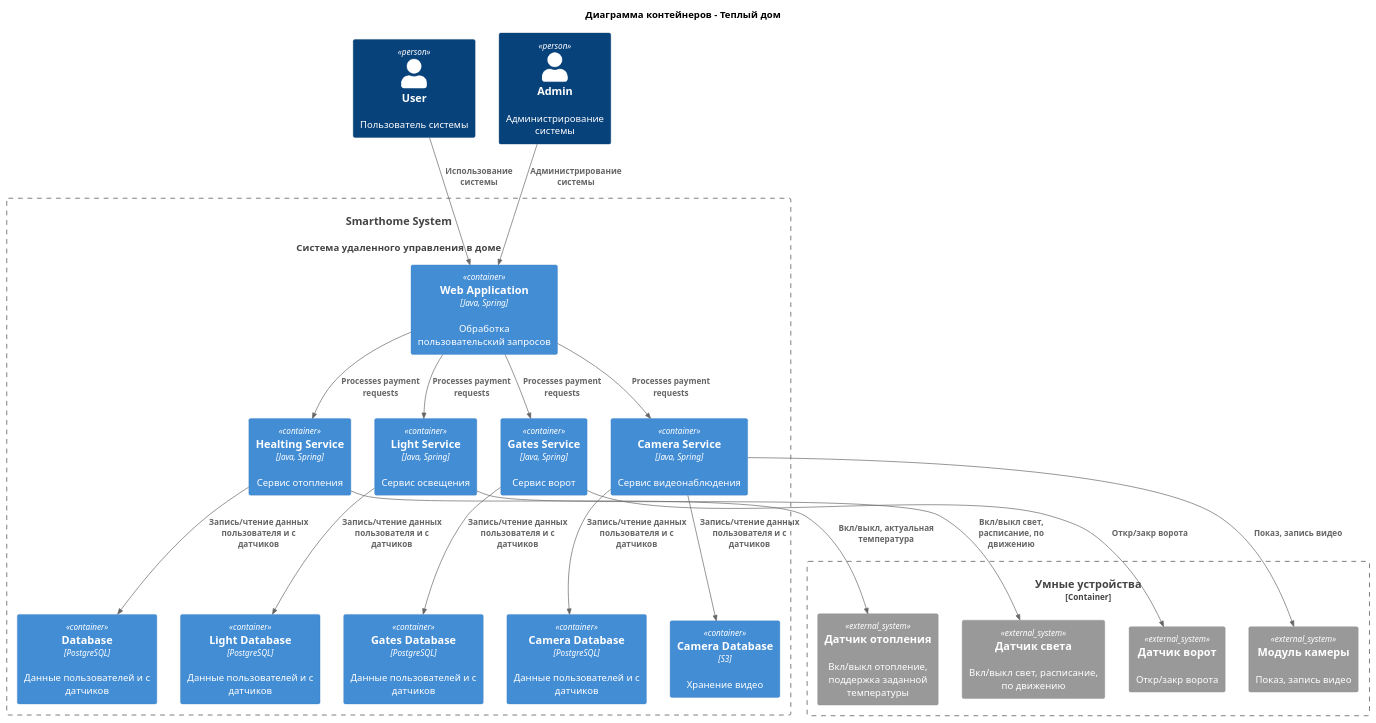
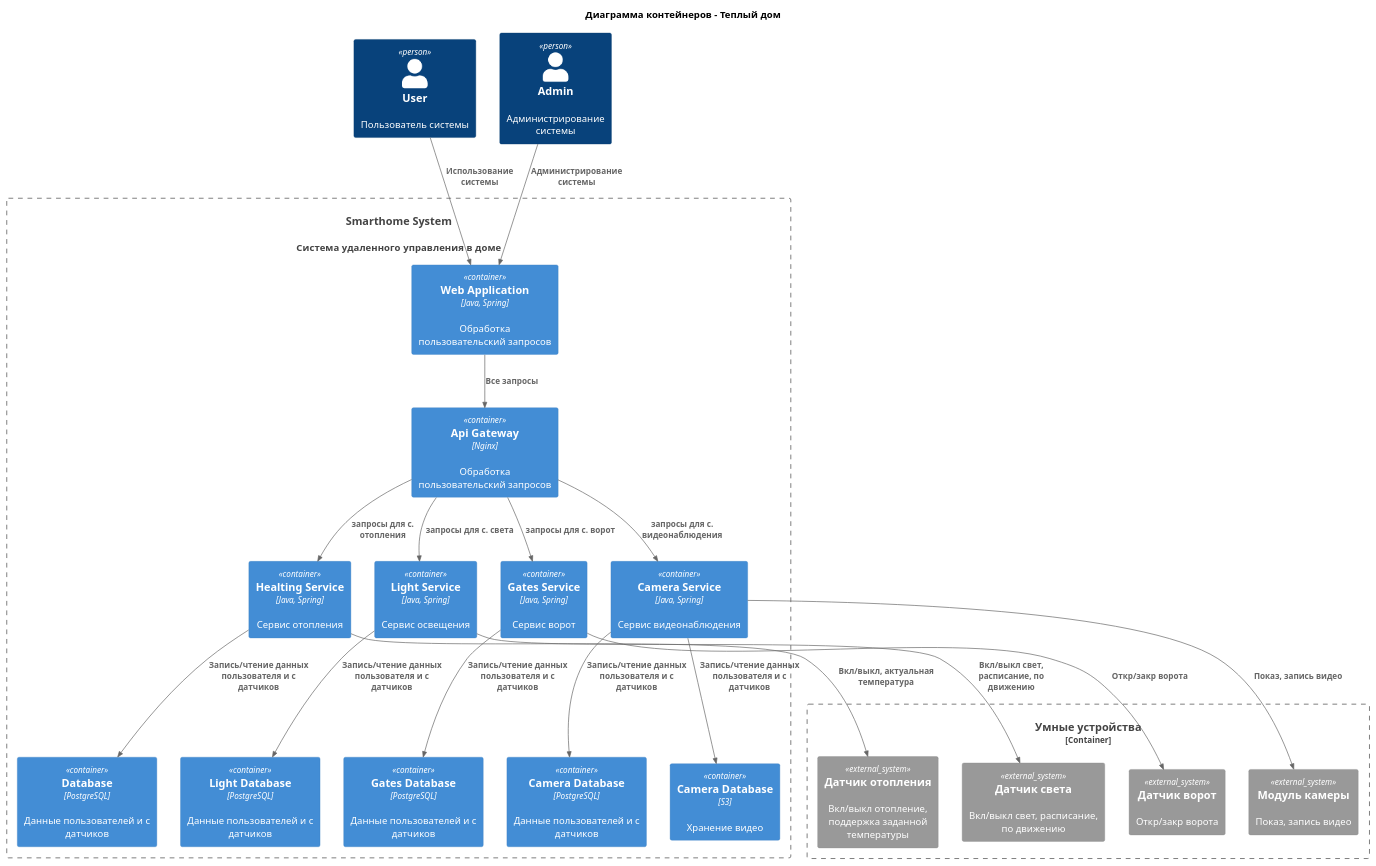
Before and after one commit to fireflysmk/architecture-sprint-3: the diagram in diagrams/task2/to_be/task2_container_to_be.puml, drawn with PlantUML.

Commit message:
add task2

```diff
--- a/diagrams/task2/to_be/task2_container_to_be.puml
+++ b/diagrams/task2/to_be/task2_container_to_be.puml
@@ -1,46 +1,48 @@
 @startuml
 title Диаграмма контейнеров - Теплый дом
 
 top to bottom direction
 
 !includeurl https://raw.githubusercontent.com/RicardoNiepel/C4-PlantUML/master/C4_Component.puml
 
 Person(user, "User", "Пользователь системы")
 Person(admin, "Admin", "Администрирование системы")
 System(SmartHomeSystem, "Smarthome System", "Система  удаленного управления в доме")
 
 Container_Boundary(SmartHomeSystem, "Smarthome System") {
   Container(WebApp, "Web Application", "Java, Spring", "Обработка пользовательский запросов")
+  Container(ApiGateway, "Api Gateway", "Nginx", "Обработка пользовательский запросов")
   Container(HealtingService, "Healting Service", "Java, Spring", "Сервис отопления")
   Container(LightService, "Light Service", "Java, Spring", "Сервис освещения")
   Container(GatesService, "Gates Service", "Java, Spring", "Сервис ворот")
   Container(CameraService, "Camera Service", "Java, Spring", "Сервис видеонаблюдения")
   Container(HealtingDatabase,"Database", "PostgreSQL", "Данные пользователей и с датчиков")
   Container(LightDatabase,"Light Database", "PostgreSQL", "Данные пользователей и с датчиков")
   Container(GatesDatabase,"Gates Database", "PostgreSQL", "Данные пользователей и с датчиков")
   Container(CameraDatabase,"Camera Database", "PostgreSQL", "Данные пользователей и с датчиков")
   Container(CameraS3Database,"Camera Database", "S3", "Хранение видео")
 }
 Container_Boundary(SensorSmartHomeSystem, "Умные устройства") {
 System_Ext(healtingSensor, "Датчик отопления", "Вкл/выкл отопление, поддержка заданной температуры")
 System_Ext(lightSensor, "Датчик света", "Вкл/выкл свет, расписание, по движению")
 System_Ext(gatesSensor, "Датчик ворот", "Откр/закр ворота")
 System_Ext(cameraSensor, "Модуль камеры", "Показ, запись видео")
 }
 
 Rel(user, WebApp, "Использование системы")
 Rel(admin,WebApp, "Администрирование системы")
-Rel(WebApp,HealtingService,"Processes payment requests")
-Rel(WebApp,LightService,"Processes payment requests")
-Rel(WebApp,GatesService,"Processes payment requests")
-Rel(WebApp,CameraService,"Processes payment requests")
+Rel(WebApp,ApiGateway,"Все запросы")
+Rel(ApiGateway,HealtingService,"запросы для с. отопления")
+Rel(ApiGateway,LightService,"запросы для c. света")
+Rel(ApiGateway,GatesService,"запросы для c. ворот")
+Rel(ApiGateway,CameraService,"запросы для c. видеонаблюдения")
 Rel(HealtingService,healtingSensor, "Вкл/выкл, актуальная температура")
 Rel(HealtingService,HealtingDatabase,"Запись/чтение данных пользователя и с датчиков")
 Rel(LightService,LightDatabase,"Запись/чтение данных пользователя и с датчиков")
 Rel(LightService,lightSensor, "Вкл/выкл свет, расписание, по движению")
 Rel(GatesService,GatesDatabase,"Запись/чтение данных пользователя и с датчиков")
 Rel(GatesService,gatesSensor, "Откр/закр ворота")
 Rel(CameraService,CameraDatabase,"Запись/чтение данных пользователя и с датчиков")
 Rel(CameraService,CameraS3Database,"Запись/чтение данных пользователя и с датчиков")
 Rel(CameraService,cameraSensor, "Показ, запись видео")
 @enduml
```
